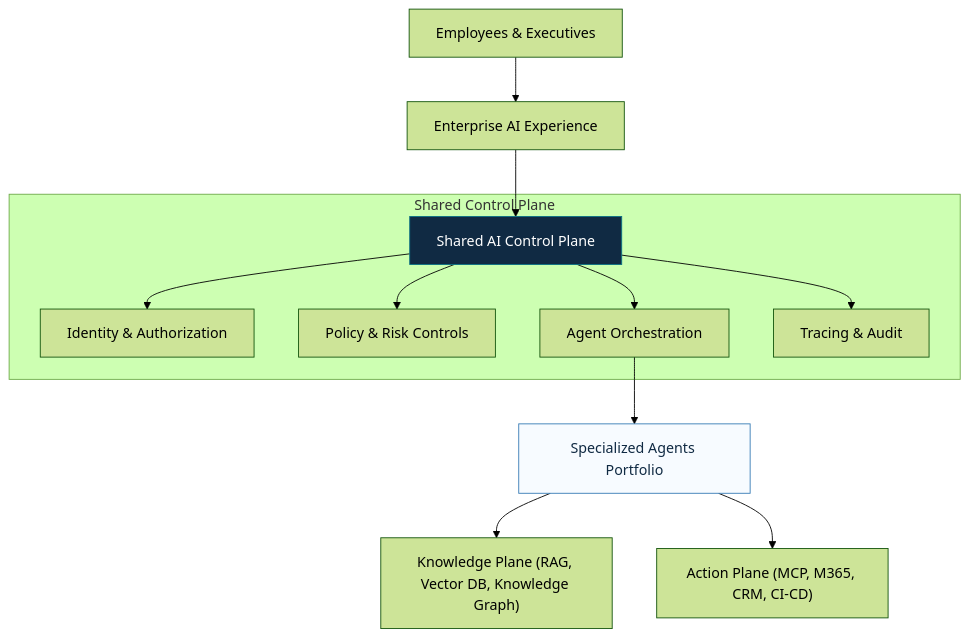
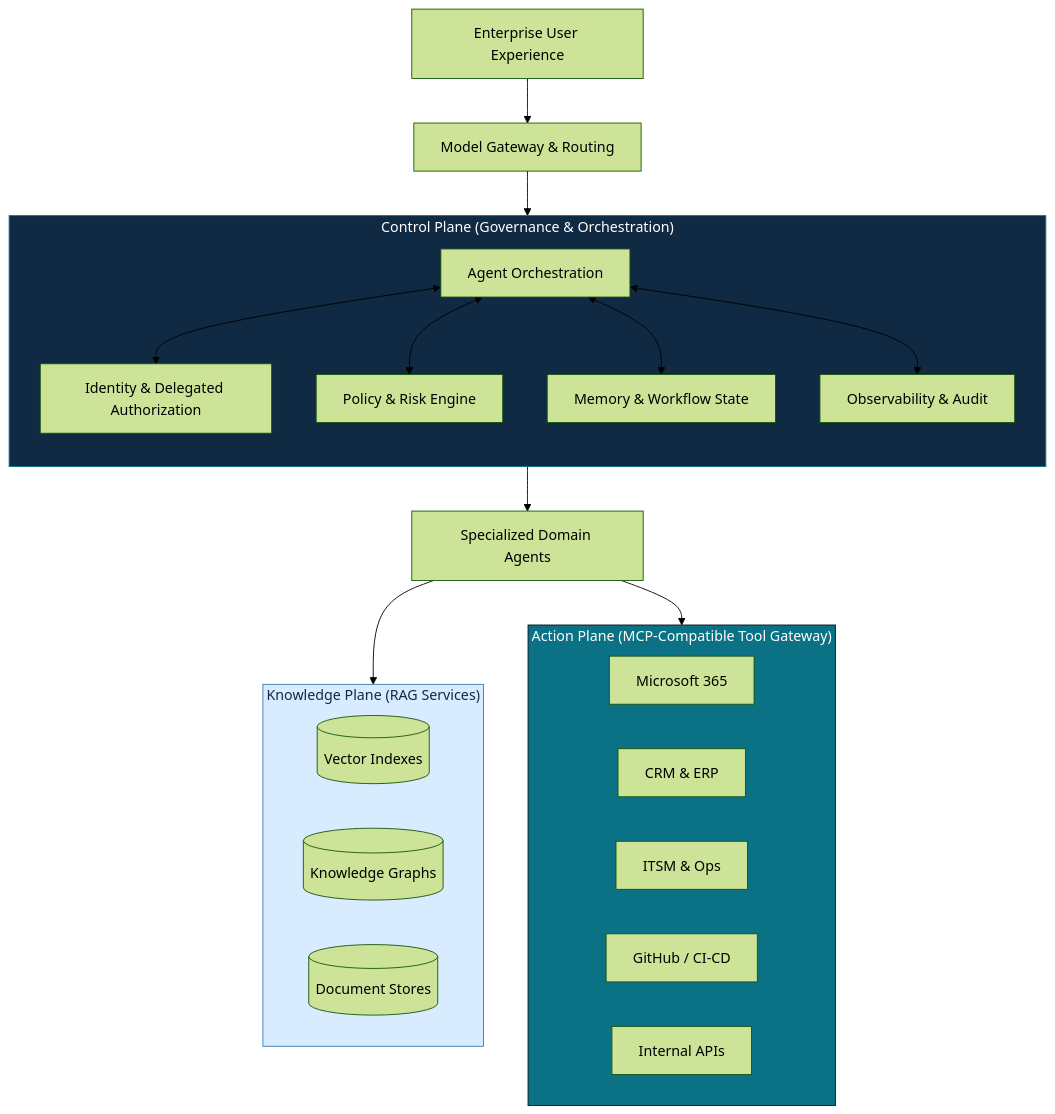
The second of 7 diagrams in jpmorgan_enterprise_ai_cto_brief.md (SawabS/temp), drawn with Mermaid (forest theme) before and after one commit. The commit also changed other lines of this file, not shown here.

Commit message:
docs: cinematic rewrite of CTO brief with detailed architecture and roadmap

````diff
--- a/jpmorgan_enterprise_ai_cto_brief.md
+++ b/jpmorgan_enterprise_ai_cto_brief.md
@@ -53,20 +55,42 @@
 ```mermaid
 flowchart TB
-    U["Employees & Executives"] --> X["Enterprise AI Experience"]
-    X --> CP["Shared AI Control Plane"]
+    U["Enterprise User Experience"] --> X["Model Gateway & Routing"]
+    X --> CP
 
-    subgraph CONTROL["Shared Control Plane"]
-        CP --> ID["Identity & Authorization"]
-        CP --> POL["Policy & Risk Controls"]
-        CP --> ORCH["Agent Orchestration"]
-        CP --> OBS["Tracing & Audit"]
+    subgraph CP["Control Plane (Governance & Orchestration)"]
+        direction TB
+        ID["Identity & Delegated Authorization"]
+        ORCH["Agent Orchestration"]
+        POL["Policy & Risk Engine"]
+        MEM["Memory & Workflow State"]
+        OBS["Observability & Audit"]
+        
+        ORCH <--> ID
+        ORCH <--> POL
+        ORCH <--> MEM
+        ORCH <--> OBS
     end
 
-    ORCH --> AGENTS["Specialized Agents Portfolio"]
+    CP --> AGENTS["Specialized Domain Agents"]
 
-    AGENTS --> K["Knowledge Plane (RAG, Vector DB, Knowledge Graph)"]
-    AGENTS --> T["Action Plane (MCP, M365, CRM, CI-CD)"]
+    AGENTS --> KP["Knowledge Plane"]
+    AGENTS --> AP["Action Plane"]
+
+    subgraph KP["Knowledge Plane (RAG Services)"]
+        VDB[("Vector Indexes")]
+        KG[("Knowledge Graphs")]
+        DOC[("Document Stores")]
+    end
+
+    subgraph AP["Action Plane (MCP-Compatible Tool Gateway)"]
+        M365["Microsoft 365"]
+        CRM["CRM & ERP"]
+        ITSM["ITSM & Ops"]
+        DEV["GitHub / CI-CD"]
+        API["Internal APIs"]
+    end
 
     style CP fill:#102a43,stroke:#0b7285,color:#fff
-    style AGENTS fill:#f7fbff,stroke:#367bb5,color:#102a43
+    style KP fill:#d9ecff,stroke:#367bb5,color:#102a43
+    style AP fill:#0b7285,stroke:#07111f,color:#fff
 ```
````
